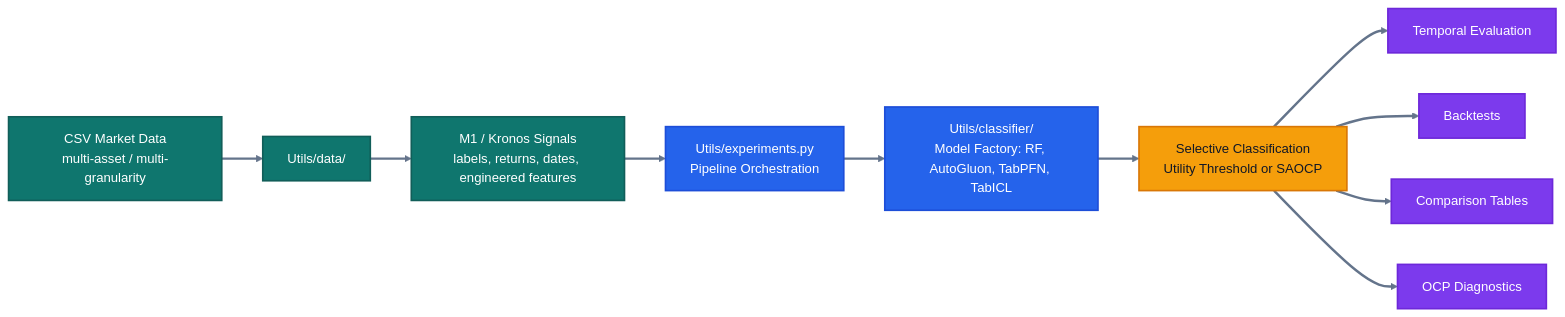
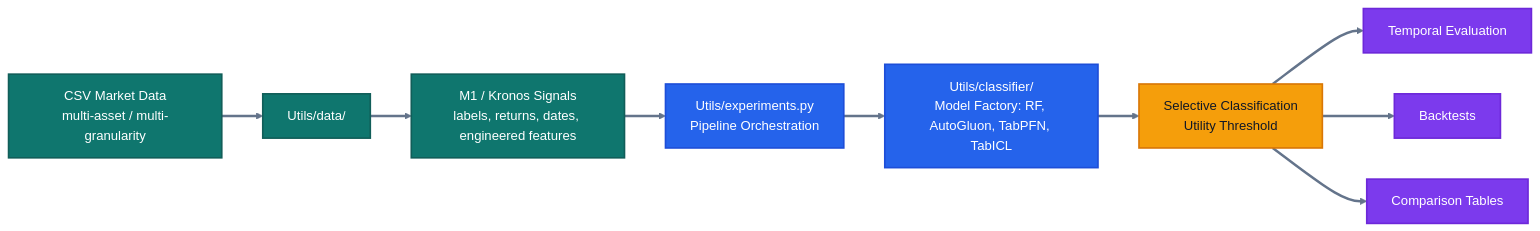
Before and after one commit to Pablo-Molla-Charlez/SecondaryModel: the first of 3 diagrams in README.md, drawn with Mermaid. The commit also changed other lines of this file, not shown here.

````diff
--- a/README.md
+++ b/README.md
@@ -36,22 +36,21 @@
 ```mermaid
 %%{init: {'theme': 'base', 'themeVariables': { 'primaryColor': '#0f766e', 'primaryBorderColor': '#115e59', 'primaryTextColor': '#ffffff', 'secondaryColor': '#f59e0b', 'tertiaryColor': '#dbeafe', 'lineColor': '#0f172a', 'background': '#ffffff'}}}%%
 flowchart LR
     A[CSV Market Data<br/>multi-asset / multi-granularity] --> B[Utils/data/]
     B --> C[M1 / Kronos Signals<br/>labels, returns, dates, engineered features]
     C --> D[Utils/experiments.py<br/>Pipeline Orchestration]
     D --> K[Utils/classifier/<br/>Model Factory: RF, AutoGluon, TabPFN, TabICL]
-    K --> E[Selective Classification<br/>Utility Threshold or SAOCP]
+    K --> E[Selective Classification<br/>Utility Threshold]
     E --> G[Temporal Evaluation]
     E --> H[Backtests]
     E --> I[Comparison Tables]
-    E --> J[OCP Diagnostics]
     classDef input fill:#0f766e,stroke:#115e59,color:#ffffff,stroke-width:2px;
     classDef model fill:#2563eb,stroke:#1d4ed8,color:#ffffff,stroke-width:2px;
     classDef select fill:#f59e0b,stroke:#d97706,color:#111827,stroke-width:2px;
     classDef report fill:#7c3aed,stroke:#6d28d9,color:#ffffff,stroke-width:2px;
     class A,B,C input;
     class D,K model;
     class E select;
-    class G,H,I,J report;
+    class G,H,I report;
     linkStyle default stroke:#64748b,stroke-width:3px;
 ```
````
